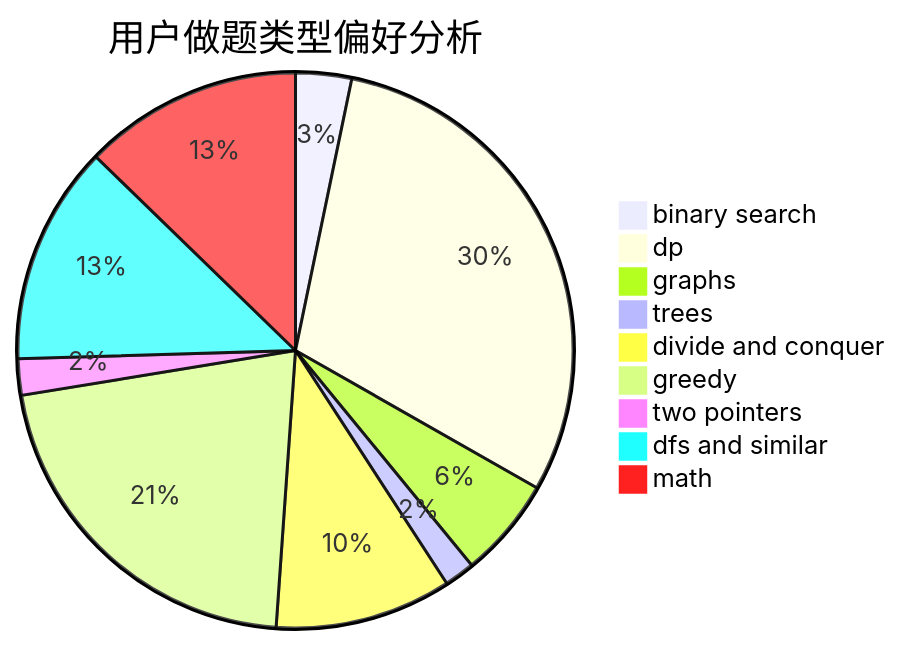
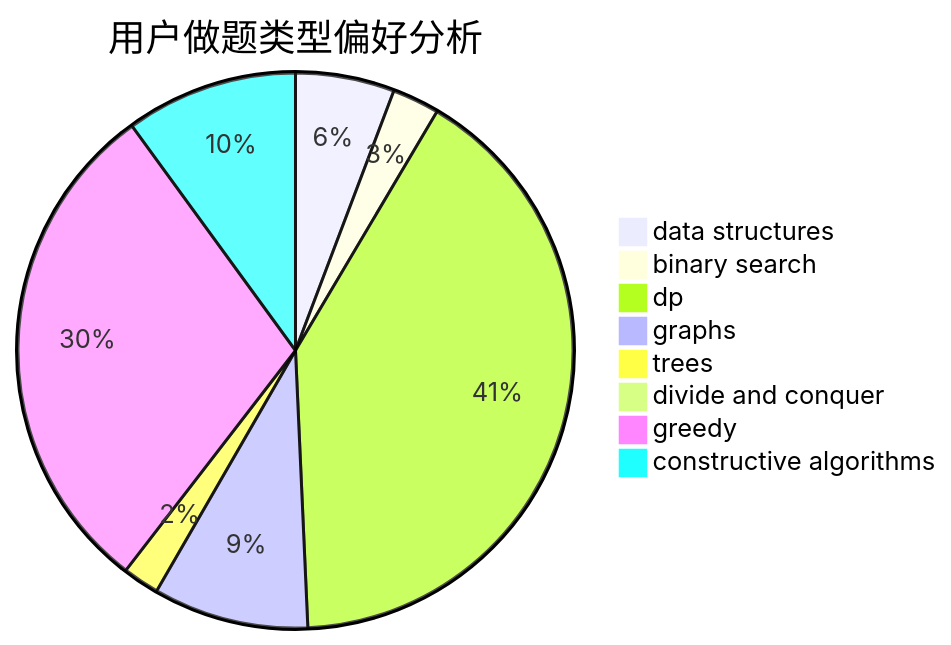
One commit to sherpahu/cfrs.github.io changed the second of 3 diagrams in docs/user/u2543.md. Above: the diagram before and after it, drawn with Mermaid. The commit also changed other lines of this file and 2775 other files, not shown here.

````diff
--- a/docs/user/u2543.md
+++ b/docs/user/u2543.md
@@ -23,12 +23,11 @@
 ```mermaid
 pie title 用户做题类型偏好分析
-    "binary search" :  57
-    "dp" :  525
+    "data structures" :  65
+    "binary search" :  31
+    "dp" :  460
     "graphs" :  102
-    "trees" :  31
-    "divide and conquer" :  180
-    "greedy" :  373
-    "two pointers" :  37
-    "dfs and similar" :  223
-    "math" :  223
+    "trees" :  24
+    "divide and conquer" :  0
+    "greedy" :  333
+    "constructive algorithms" :  113
 ```
````
